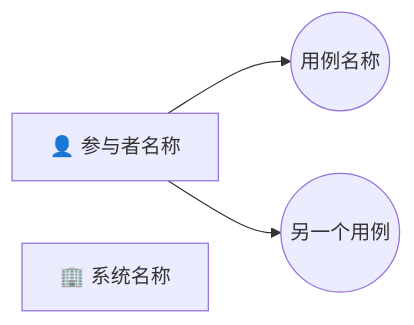
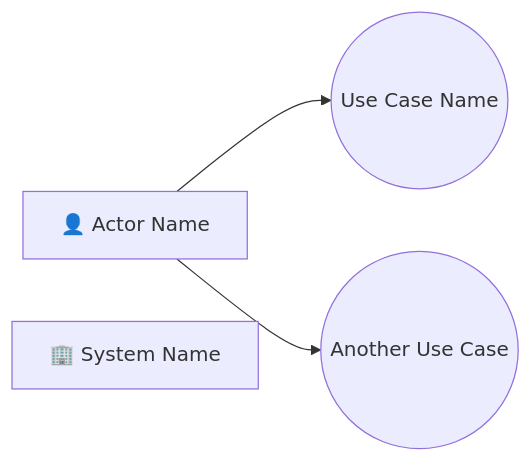
Before and after one commit to TestAny-io/srs-writer-plugin: the first of 2 diagrams in rules/specialists/content/use_case_writer.md, drawn with Mermaid. The commit also changed other lines of this file and 33 other files, not shown here.

````diff
--- a/rules/specialists/content/use_case_writer.md
+++ b/rules/specialists/content/use_case_writer.md
@@ -277,14 +311,14 @@
 ```mermaid
 flowchart LR
-    %% 参与者定义（矩形节点）
-    Actor1[👤 参与者名称]
-    Actor2[🏢 系统名称]
+    %% Actor Definition (Rectangle Node)
+    Actor1[👤 Actor Name]
+    Actor2[🏢 System Name]
     
-    %% 用例定义（椭圆节点）
-    UC001((用例名称))
-    UC002((另一个用例))
+    %% Use Case Definition (Ellipse Node)
+    UC001((Use Case Name))
+    UC002((Another Use Case))
     
-    %% 关系连接
+    %% Relationship Connection
     Actor1 --> UC001
     Actor1 --> UC002
 ```
````
